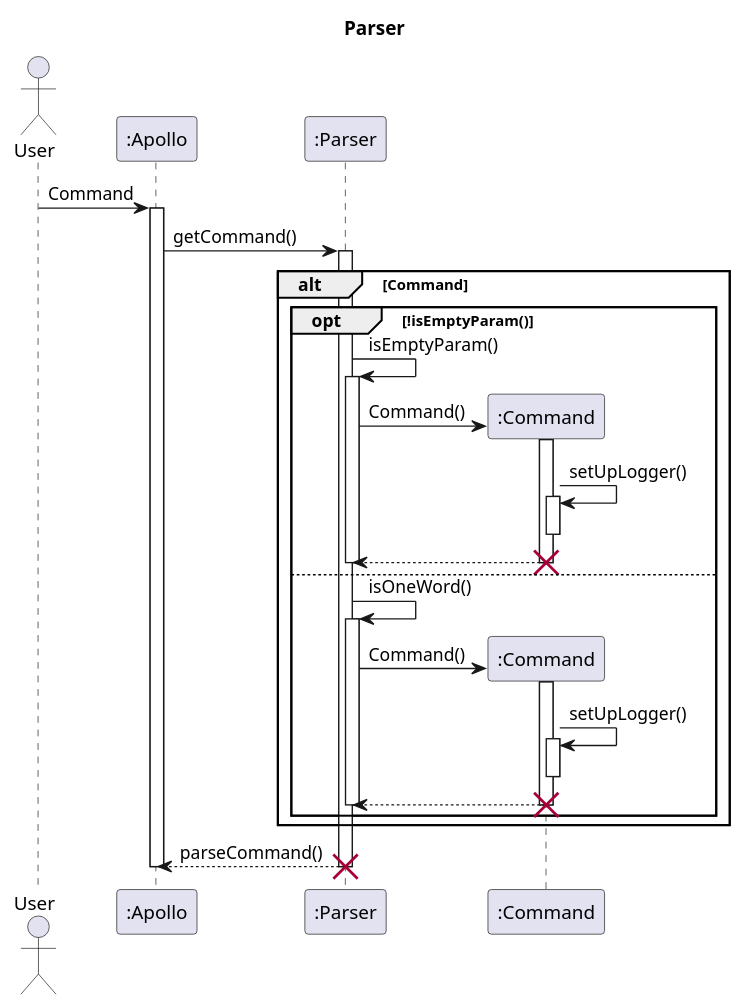
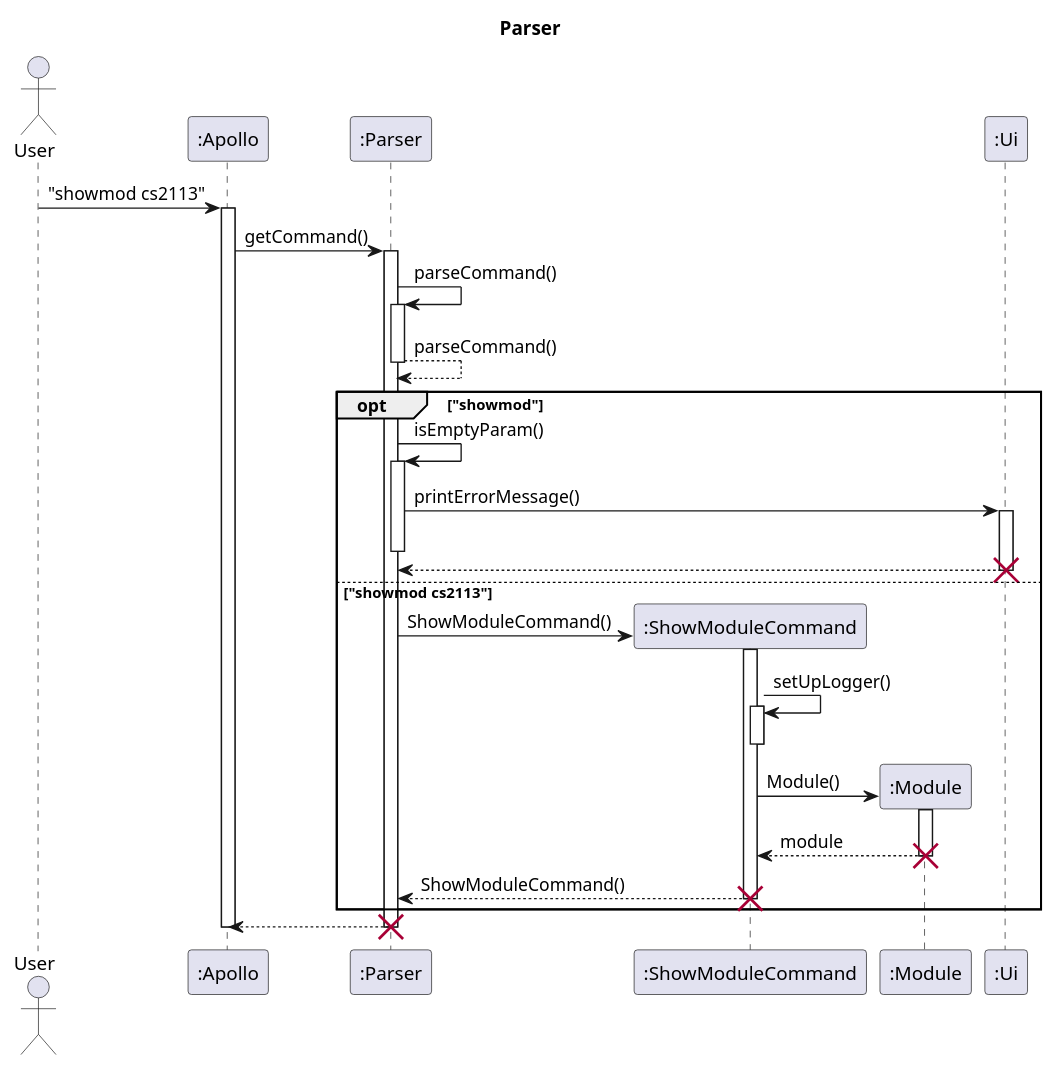
Before and after one commit to nus-cs2113-AY2223S2/tp: the diagram in docs/uml-source/sequence/Parser_Seq.puml, drawn with PlantUML. The commit also changed 1 other file, not shown here.

Commit message:
Update sequence diagram according to comments

```diff
--- a/docs/uml-source/sequence/Parser_Seq.puml
+++ b/docs/uml-source/sequence/Parser_Seq.puml
@@ -1,60 +1,66 @@
 @startuml
 'https://plantuml.com/sequence-diagram
 
 skinparam maxMessageSize 150
 
 title Parser
 
 actor User
 
 participant ":Apollo" as Apollo
 participant ":Parser" as Parser
-participant ":Command" as Command
+participant ":ShowModuleCommand" as Command
+participant ":Module" as Module
+participant ":Ui" as Ui
 
-User -> Apollo : Command
+User -> Apollo : "showmod cs2113"
 activate Apollo
 Apollo -> Parser : getCommand()
+
 activate Parser
+Parser -> Parser : parseCommand()
+activate Parser
+Parser --> Parser : parseCommand()
+deactivate Parser
 
-alt Command
-
-opt !isEmptyParam()
+opt "showmod"
 Parser -> Parser : isEmptyParam()
 activate Parser
-Parser -> Command** : Command()
+Parser -> Ui :printErrorMessage()
+activate Ui
+deactivate Parser
+
+Ui --> Parser
+deactivate Ui
+destroy Ui
+
+
+else "showmod cs2113"
+
+
+Parser -> Command** : ShowModuleCommand()
 activate Command
 Command -> Command : setUpLogger()
 activate Command
 deactivate Command
 
-Command --> Parser
+Command -> Module** : Module()
+activate Module
+Module --> Command : module
+deactivate Module
+destroy Module
+
+Command --> Parser : ShowModuleCommand()
 deactivate Command
 destroy Command
 
-deactivate Parser
-
-else
-
-Parser -> Parser : isOneWord()
-activate Parser
-Parser -> Command** : Command()
-activate Command
-Command -> Command : setUpLogger()
-activate Command
-deactivate Command
-Command --> Parser
-deactivate Command
-destroy Command
-
-deactivate Parser
 
 end
 
-end
-Parser --> Apollo : parseCommand()
+Parser --> Apollo
 deactivate Parser
 destroy Parser
 
 deactivate Apollo
 
 @enduml
```
